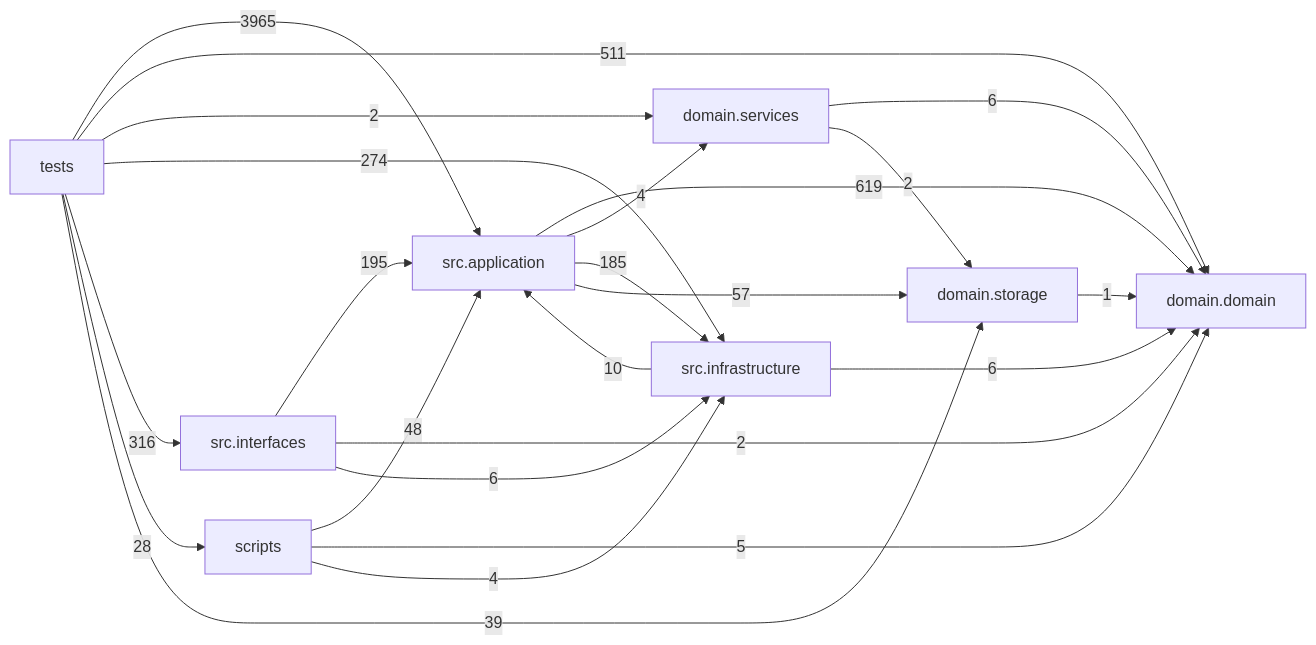
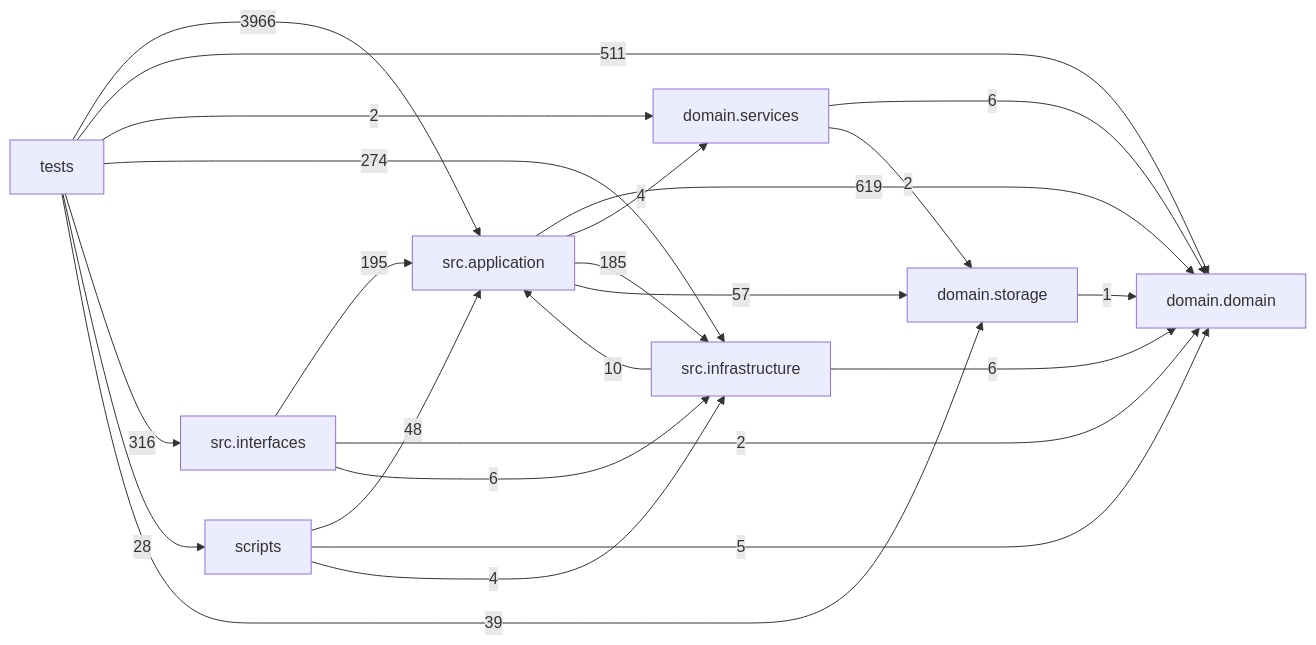
One commit to liuxie066/options-monitor changed the diagram in docs/DEPENDENCY_GRAPH.md. Above: the diagram before and after it, drawn with Mermaid. The commit also changed other lines of this file and 6 other files, not shown here.

````diff
--- a/docs/DEPENDENCY_GRAPH.md
+++ b/docs/DEPENDENCY_GRAPH.md
@@ -24,33 +24,33 @@
 ```mermaid
 flowchart LR
   tests["tests"]
   scripts["scripts"]
   interfaces["src.interfaces"]
   application["src.application"]
   infrastructure["src.infrastructure"]
   domain_services["domain.services"]
   domain["domain.domain"]
   storage["domain.storage"]
   application -->|619| domain
   application -->|4| domain_services
   application -->|185| infrastructure
   application -->|57| storage
   domain_services -->|6| domain
   domain_services -->|2| storage
   infrastructure -->|10| application
   infrastructure -->|6| domain
   interfaces -->|195| application
   interfaces -->|2| domain
   interfaces -->|6| infrastructure
   scripts -->|48| application
   scripts -->|5| domain
   scripts -->|4| infrastructure
   storage -->|1| domain
-  tests -->|3965| application
+  tests -->|3966| application
   tests -->|511| domain
   tests -->|2| domain_services
   tests -->|274| infrastructure
   tests -->|316| interfaces
   tests -->|28| scripts
   tests -->|39| storage
 ```
````
